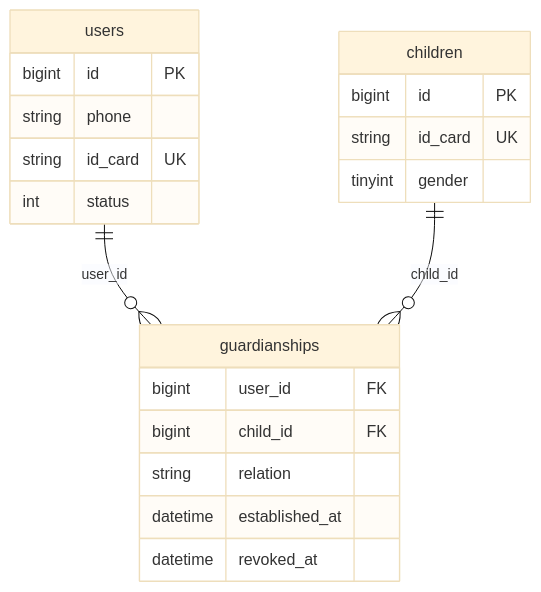
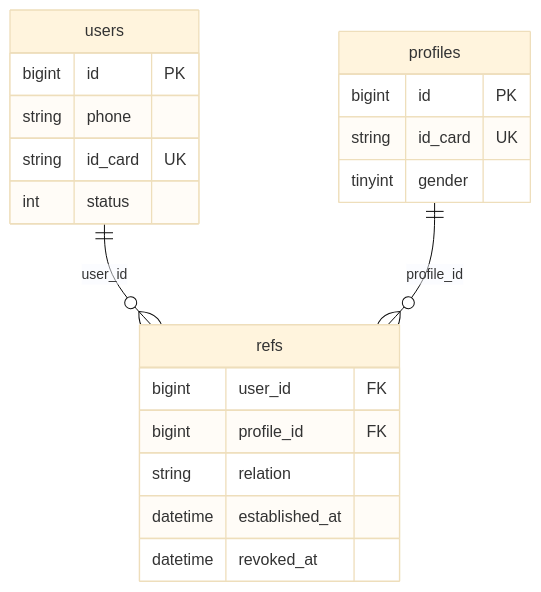
The third of 5 diagrams in docs/02-业务域/03-user-用户&儿童&Guardianship.md (FangcunMount/iam), drawn with Mermaid (base theme) before and after one commit. The commit also changed other lines of this file and 216 other files, not shown here.

Commit message:
feat UC 模块领域模型更新，使用 User + Profile + ProfileLink 承载核心语义

````diff
--- a/docs/02-业务域/03-user-用户&儿童&Guardianship.md
+++ b/docs/02-业务域/03-user-用户&儿童&Guardianship.md
@@ -102,23 +102,23 @@
 ```mermaid
 erDiagram
-  users ||--o{ guardianships : "user_id"
-  children ||--o{ guardianships : "child_id"
+  users ||--o{ refs : "user_id"
+  profiles ||--o{ refs : "profile_id"
   users {
     bigint id PK
     string phone
     string id_card UK
     int status
   }
-  children {
+  profiles {
     bigint id PK
     string id_card UK
     tinyint gender
   }
-  guardianships {
+  refs {
     bigint user_id FK
-    bigint child_id FK
+    bigint profile_id FK
     string relation
     datetime established_at
     datetime revoked_at
   }
 ```
````
